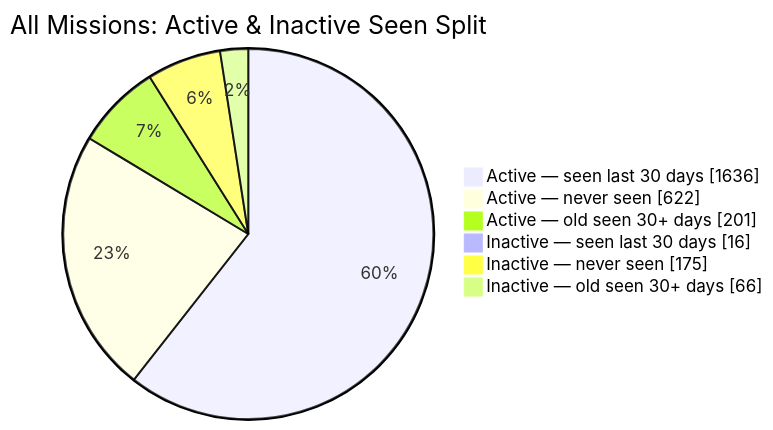
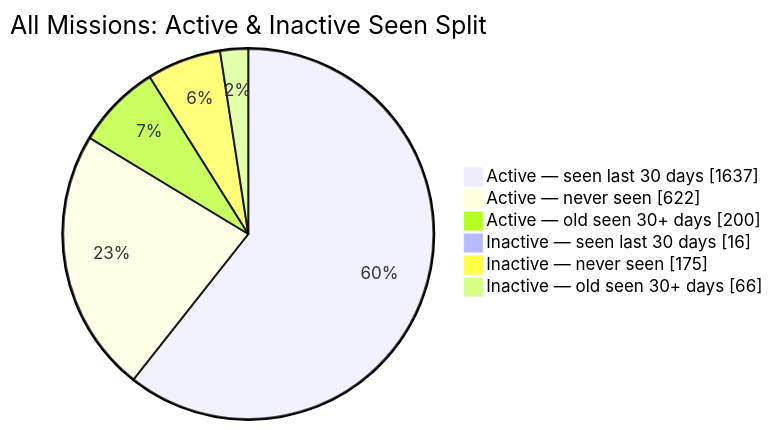
One commit to MeldkamerspelGameTeam/active-missions changed the second of 2 diagrams in README.md. Above: the diagram before and after it, drawn with Mermaid. The commit also changed other lines of this file and 2 other files, not shown here.

````diff
--- a/README.md
+++ b/README.md
@@ -44,10 +44,10 @@
 ```mermaid
 pie showData
     title All Missions: Active & Inactive Seen Split
-    "Active — seen last 30 days" : 1636
+    "Active — seen last 30 days" : 1637
     "Active — never seen" : 622
-    "Active — old seen 30+ days" : 201
+    "Active — old seen 30+ days" : 200
     "Inactive — seen last 30 days" : 16
     "Inactive — never seen" : 175
     "Inactive — old seen 30+ days" : 66
 ```
````
